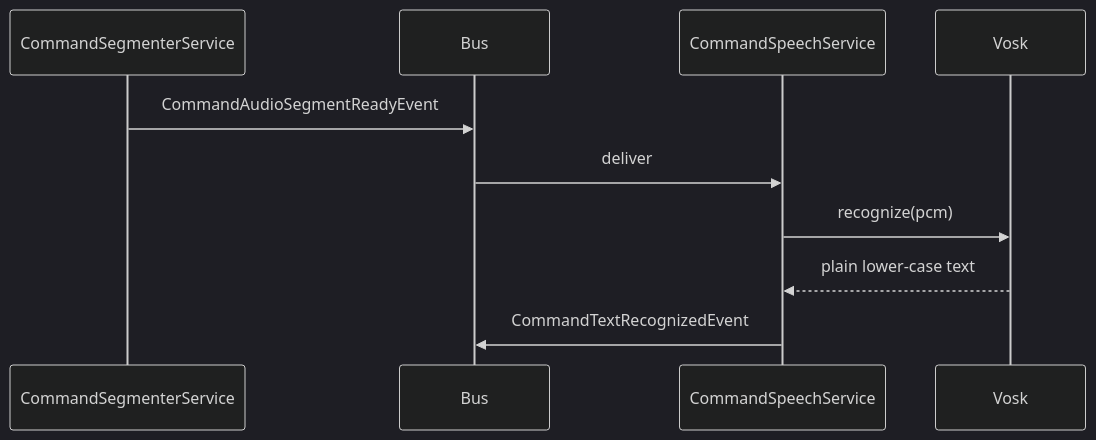
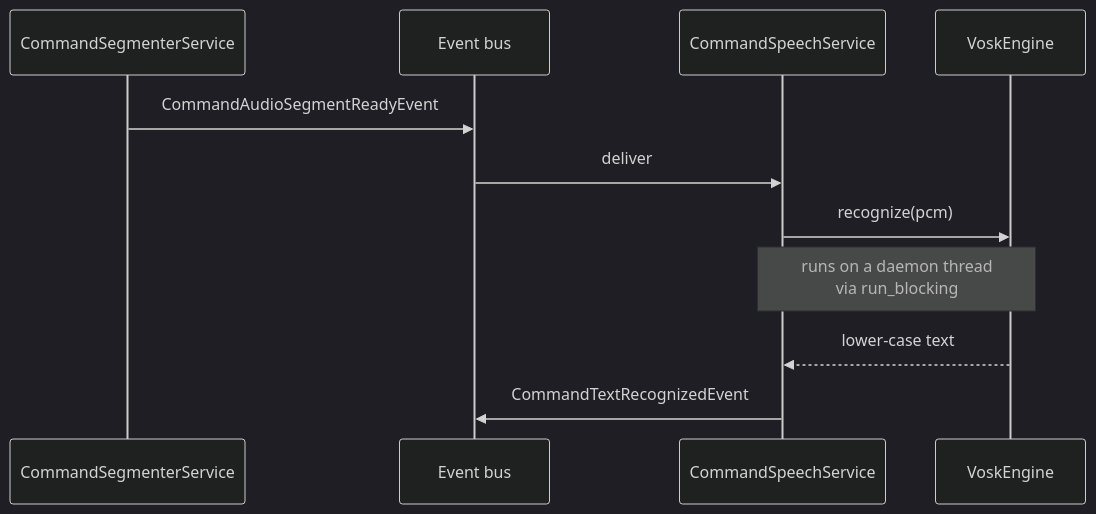
One commit to rick12000/vocalance changed the fourth of 7 diagrams in docs/developer/features/command_flow.rst. Above: the diagram before and after it, drawn with Mermaid (dark theme). The commit also changed other lines of this file and 12 other files, not shown here.

```diff
--- a/docs/developer/features/command_flow.rst
+++ b/docs/developer/features/command_flow.rst
@@ -124,13 +153,14 @@
 .. mermaid::
 
    sequenceDiagram
        participant Seg as CommandSegmenterService
-       participant Bus
-       participant STT as CommandSpeechService
-       participant Vosk
+       participant Bus as Event bus
+       participant Speech as CommandSpeechService
+       participant Vosk as VoskEngine
 
        Seg->>Bus: CommandAudioSegmentReadyEvent
-       Bus->>STT: deliver
-       STT->>Vosk: recognize(pcm)
-       Vosk-->>STT: plain lower-case text
-       STT->>Bus: CommandTextRecognizedEvent
+       Bus->>Speech: deliver
+       Speech->>Vosk: recognize(pcm)
+       Note over Speech,Vosk: runs on a daemon thread<br/>via run_blocking
+       Vosk-->>Speech: lower-case text
+       Speech->>Bus: CommandTextRecognizedEvent
```
